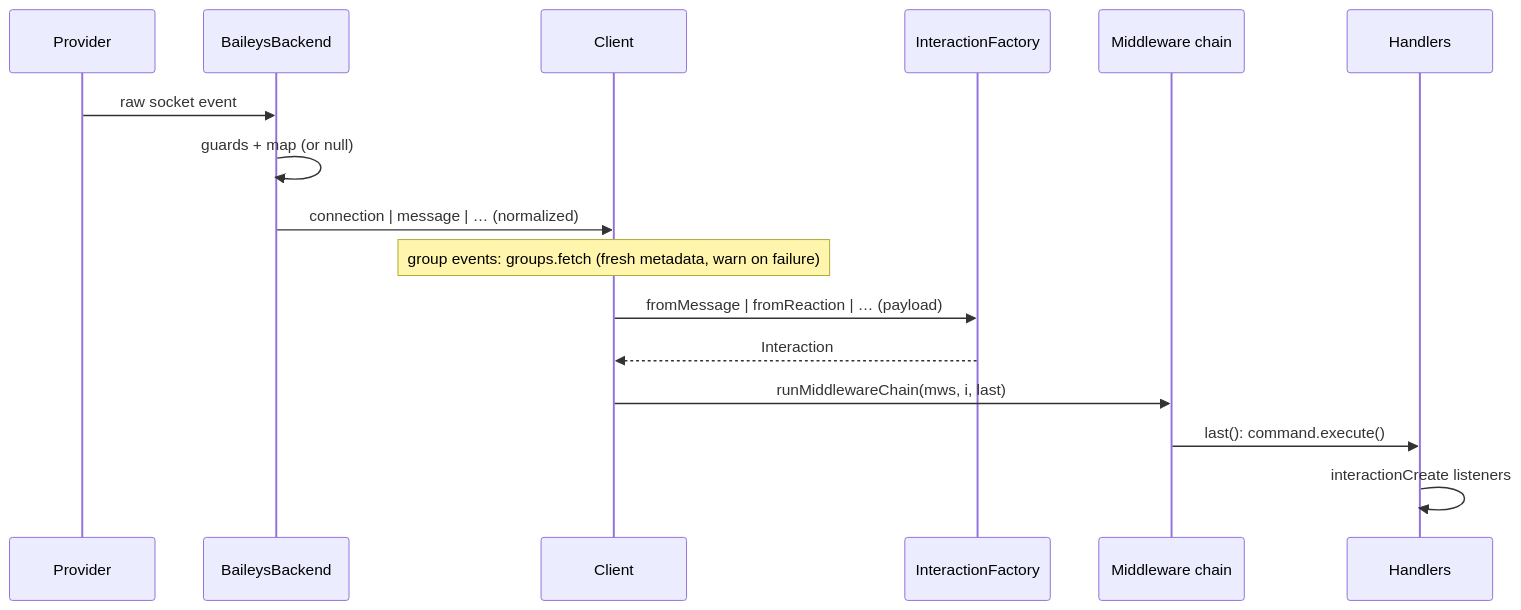
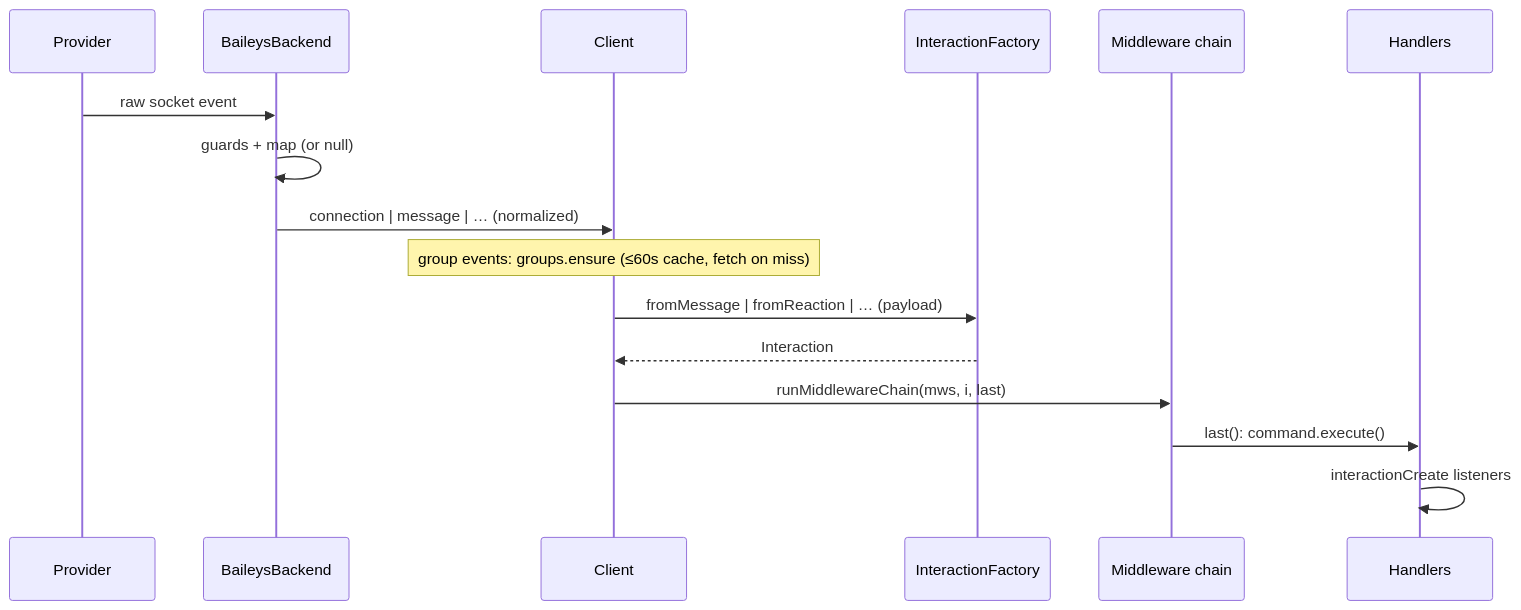
Before and after one commit to Gustavo10Destroyer/libwa-docs: the second of 3 diagrams in architecture/event-pipeline.md, drawn with Mermaid. The commit also changed other lines of this file and 2 other files, not shown here.

Commit message:
docs(architecture): dispatch resolves group metadata through groups.ensure

````diff
--- a/architecture/event-pipeline.md
+++ b/architecture/event-pipeline.md
@@ -46,19 +46,19 @@
 ```mermaid
 sequenceDiagram
     participant P as Provider
     participant B as BaileysBackend
     participant C as Client
     participant F as InteractionFactory
     participant M as Middleware chain
     participant L as Handlers
 
     P->>B: raw socket event
     B->>B: guards + map (or null)
     B->>C: connection | message | … (normalized)
-    Note over C: group events: groups.fetch (fresh metadata, warn on failure)
+    Note over C: group events: groups.ensure (≤60s cache, fetch on miss)
     C->>F: fromMessage | fromReaction | … (payload)
     F-->>C: Interaction
     C->>M: runMiddlewareChain(mws, i, last)
     M->>L: last(): command.execute()
     L->>L: interactionCreate listeners
 ```
````
